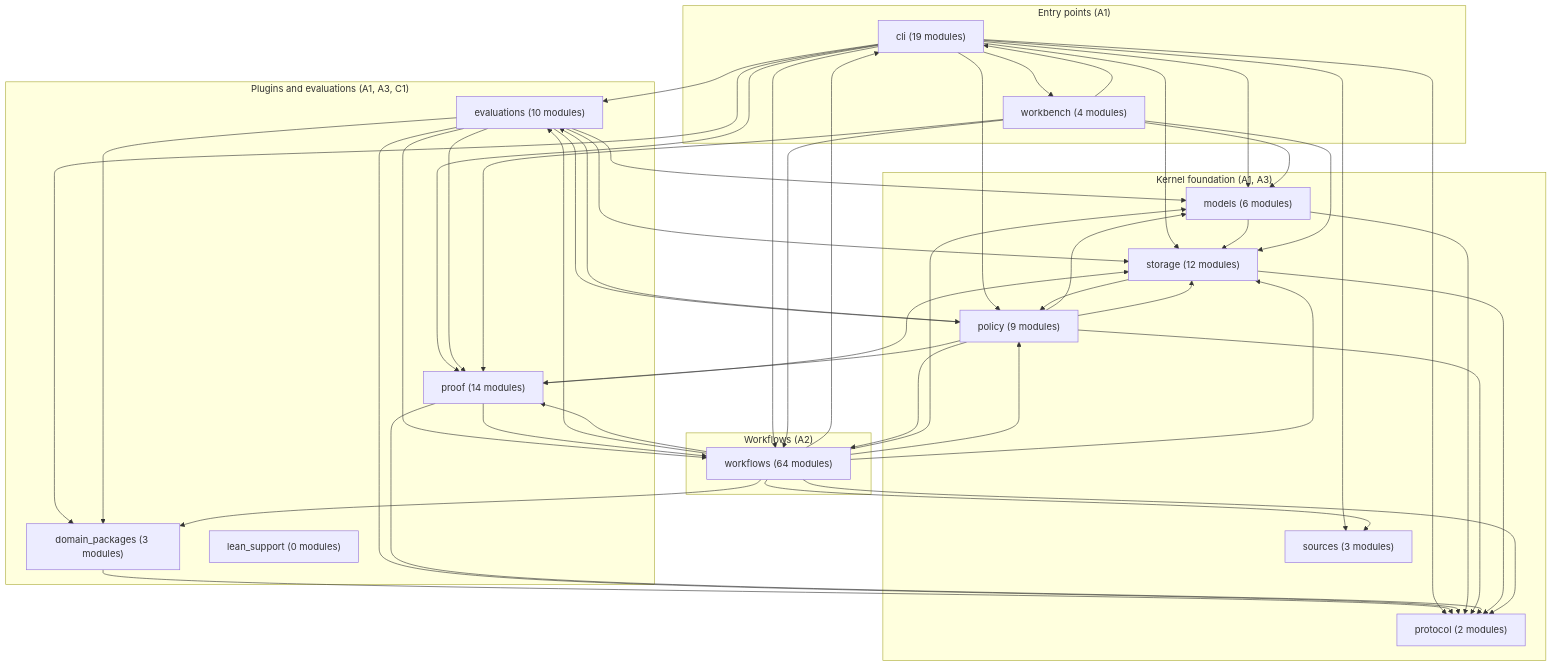
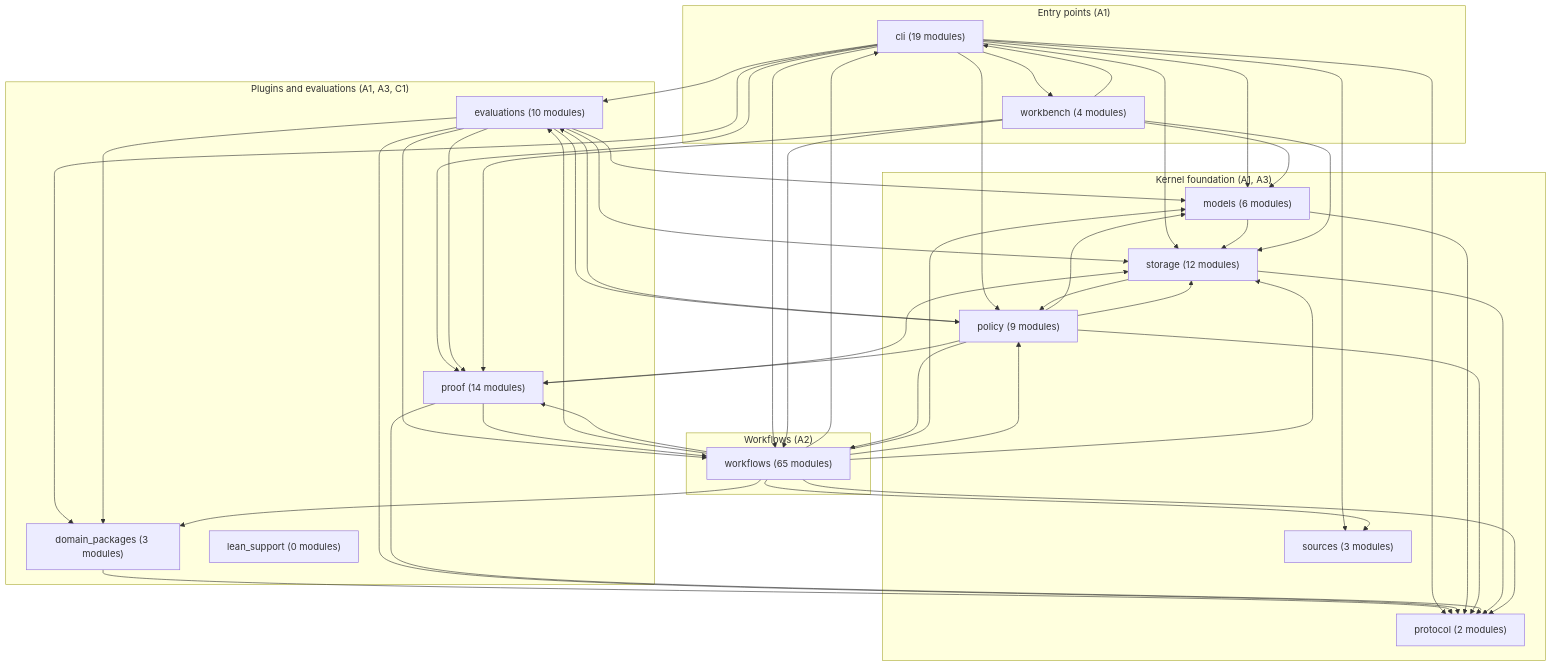
Before and after one commit to SAFuDarren/Trellin: the diagram in docs/architecture-map.md, drawn with Mermaid. The commit also changed other lines of this file and 13 other files, not shown here.

````diff
--- a/docs/architecture-map.md
+++ b/docs/architecture-map.md
@@ -14,68 +14,68 @@
 ```mermaid
 flowchart TD
     subgraph layer_entry["Entry points (A1)"]
         cli["cli (19 modules)"]
         workbench["workbench (4 modules)"]
     end
     subgraph layer_workflows["Workflows (A2)"]
-        workflows["workflows (64 modules)"]
+        workflows["workflows (65 modules)"]
     end
     subgraph layer_kernel["Kernel foundation (A1, A3)"]
         models["models (6 modules)"]
         policy["policy (9 modules)"]
         protocol["protocol (2 modules)"]
         sources["sources (3 modules)"]
         storage["storage (12 modules)"]
     end
     subgraph layer_plugin["Plugins and evaluations (A1, A3, C1)"]
         domain_packages["domain_packages (3 modules)"]
         evaluations["evaluations (10 modules)"]
         lean_support["lean_support (0 modules)"]
         proof["proof (14 modules)"]
     end
     cli --> domain_packages
     cli --> evaluations
     cli --> models
     cli --> policy
     cli --> proof
     cli --> protocol
     cli --> sources
     cli --> storage
     cli --> workbench
     cli --> workflows
     domain_packages --> protocol
     evaluations --> domain_packages
     evaluations --> models
     evaluations --> policy
     evaluations --> proof
     evaluations --> protocol
     evaluations --> storage
     evaluations --> workflows
     models --> protocol
     models --> storage
     policy --> evaluations
     policy --> models
     policy --> proof
     policy --> protocol
     policy --> storage
     policy --> workflows
     proof --> protocol
     proof --> storage
     proof --> workflows
     storage --> policy
     storage --> protocol
     workbench --> cli
     workbench --> models
     workbench --> proof
     workbench --> storage
     workbench --> workflows
     workflows --> cli
     workflows --> domain_packages
     workflows --> evaluations
     workflows --> models
     workflows --> policy
     workflows --> proof
     workflows --> protocol
     workflows --> sources
     workflows --> storage
 ```
````
